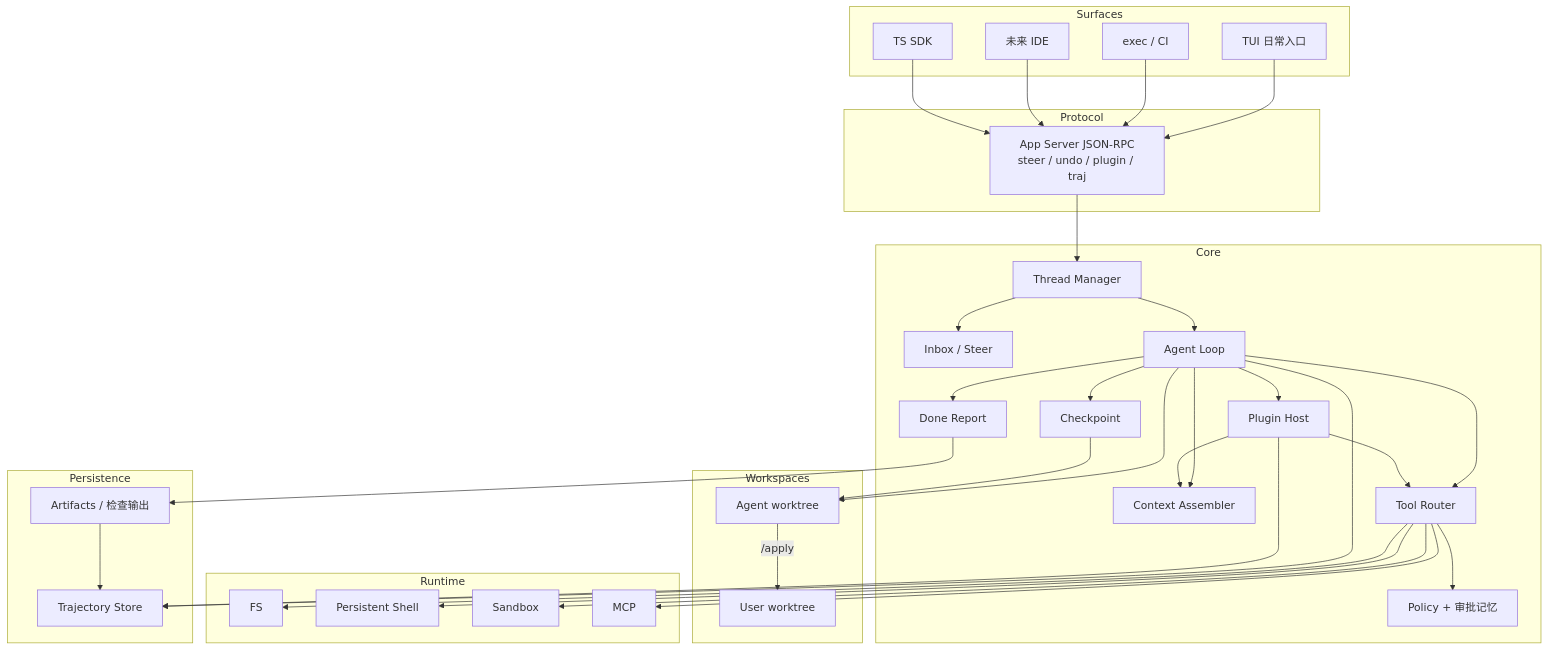
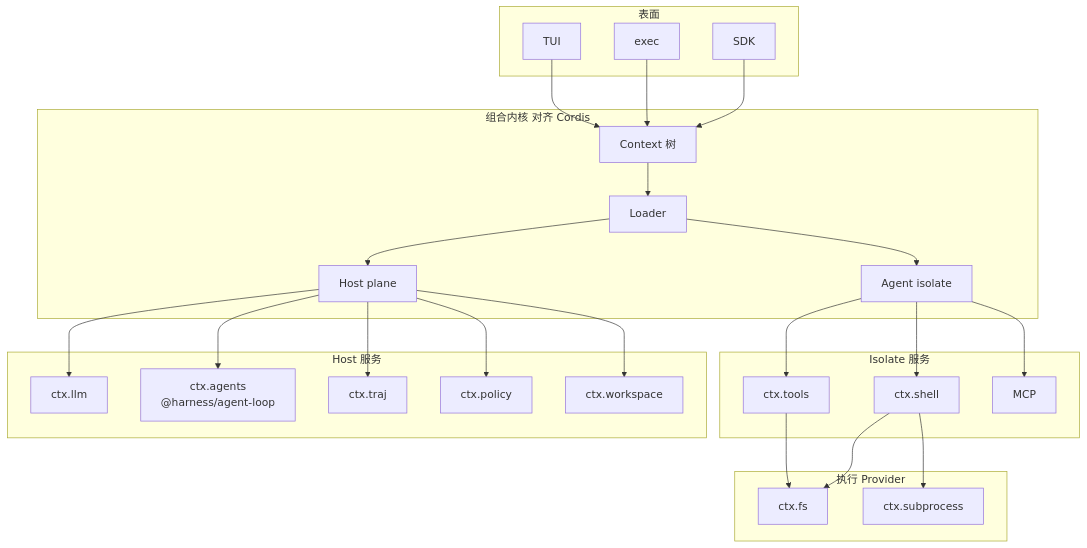
The diagram in docs/architecture.md (mengzhihua/harness), drawn with Mermaid before and after one commit. The commit also changed other lines of this file and 3 other files, not shown here.

First line of the commit message:
docs: 融合 Cordis 组合内核 (#2)

````diff
--- a/docs/architecture.md
+++ b/docs/architecture.md
@@ -7,69 +7,47 @@
 ```mermaid
 flowchart TB
-  subgraph surfaces [Surfaces]
-    TUI[TUI 日常入口]
-    EXEC[exec / CI]
-    IDE[未来 IDE]
-    SDK[TS SDK]
+  subgraph surfaces [表面]
+    TUI[TUI]
+    EXEC[exec]
+    SDK[SDK]
   end
-
-  subgraph protocol [Protocol]
-    APPSVR["App Server JSON-RPC\nsteer / undo / plugin / traj"]
+  subgraph kernel [组合内核 对齐 Cordis]
+    CTX[Context 树]
+    LOADER[Loader]
+    HOST[Host plane]
+    ISO[Agent isolate]
   end
-
-  subgraph core [Core]
-    THREAD[Thread Manager]
-    INBOX[Inbox / Steer]
-    LOOP[Agent Loop]
-    CTX[Context Assembler]
-    TOOLS[Tool Router]
-    PLUG[Plugin Host]
-    POLICY[Policy + 审批记忆]
-    CP[Checkpoint]
-    DONE[Done Report]
+  subgraph hostsvc [Host 服务]
+    LLM[ctx.llm]
+    LOOP["ctx.agents\n@harness/agent-loop"]
+    TRAJ[ctx.traj]
+    POL[ctx.policy]
+    WS[ctx.workspace]
   end
-
-  subgraph ws [Workspaces]
-    USER[User worktree]
-    AGENT[Agent worktree]
-  end
-
-  subgraph runtime [Runtime]
-    FS[FS]
-    SHELL[Persistent Shell]
-    SANDBOX[Sandbox]
+  subgraph agentsvc [Isolate 服务]
+    TOOLS[ctx.tools]
+    SHELL[ctx.shell]
     MCP[MCP]
   end
-
-  subgraph persist [Persistence]
-    TRAJ[Trajectory Store]
-    ART[Artifacts / 检查输出]
+  subgraph execrt [执行 Provider]
+    FS[ctx.fs]
+    SUB[ctx.subprocess]
   end
-
-  TUI --> APPSVR
-  EXEC --> APPSVR
-  IDE --> APPSVR
-  SDK --> APPSVR
-  APPSVR --> THREAD
-  THREAD --> INBOX
-  THREAD --> LOOP
-  LOOP --> CTX
-  LOOP --> TOOLS
-  LOOP --> PLUG
-  LOOP --> CP
-  LOOP --> DONE
-  TOOLS --> POLICY
-  PLUG --> TOOLS
-  PLUG --> CTX
-  LOOP --> AGENT
-  CP --> AGENT
-  AGENT -->|"/apply"| USER
+  TUI --> CTX
+  EXEC --> CTX
+  SDK --> CTX
+  CTX --> LOADER
+  LOADER --> HOST
+  LOADER --> ISO
+  HOST --> LLM
+  HOST --> LOOP
+  HOST --> TRAJ
+  HOST --> POL
+  HOST --> WS
+  ISO --> TOOLS
+  ISO --> SHELL
+  ISO --> MCP
+  SHELL --> FS
+  SHELL --> SUB
   TOOLS --> FS
-  TOOLS --> SHELL
-  TOOLS --> SANDBOX
-  TOOLS --> MCP
-  LOOP --> TRAJ
-  PLUG --> TRAJ
-  DONE --> ART
-  ART --> TRAJ
 ```
````
